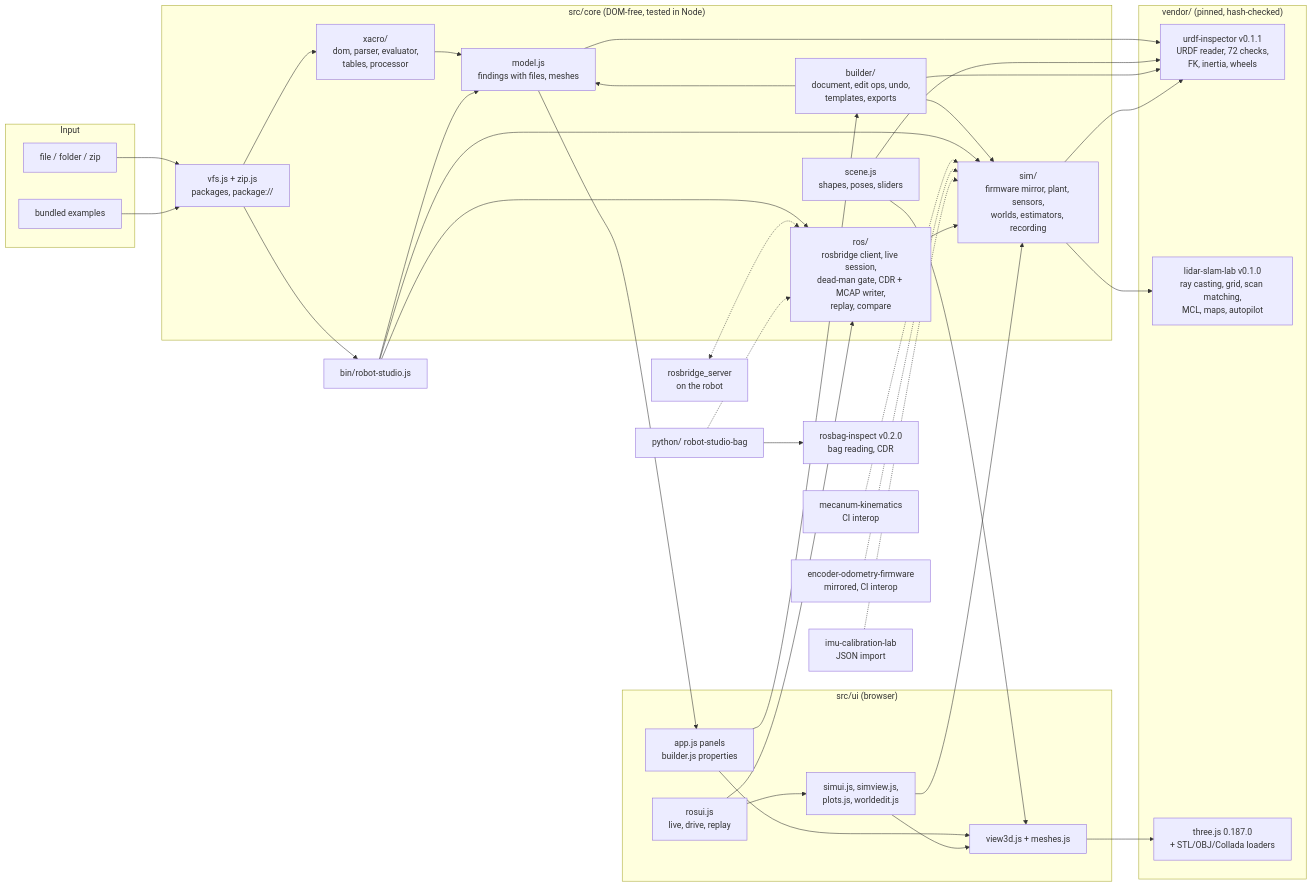
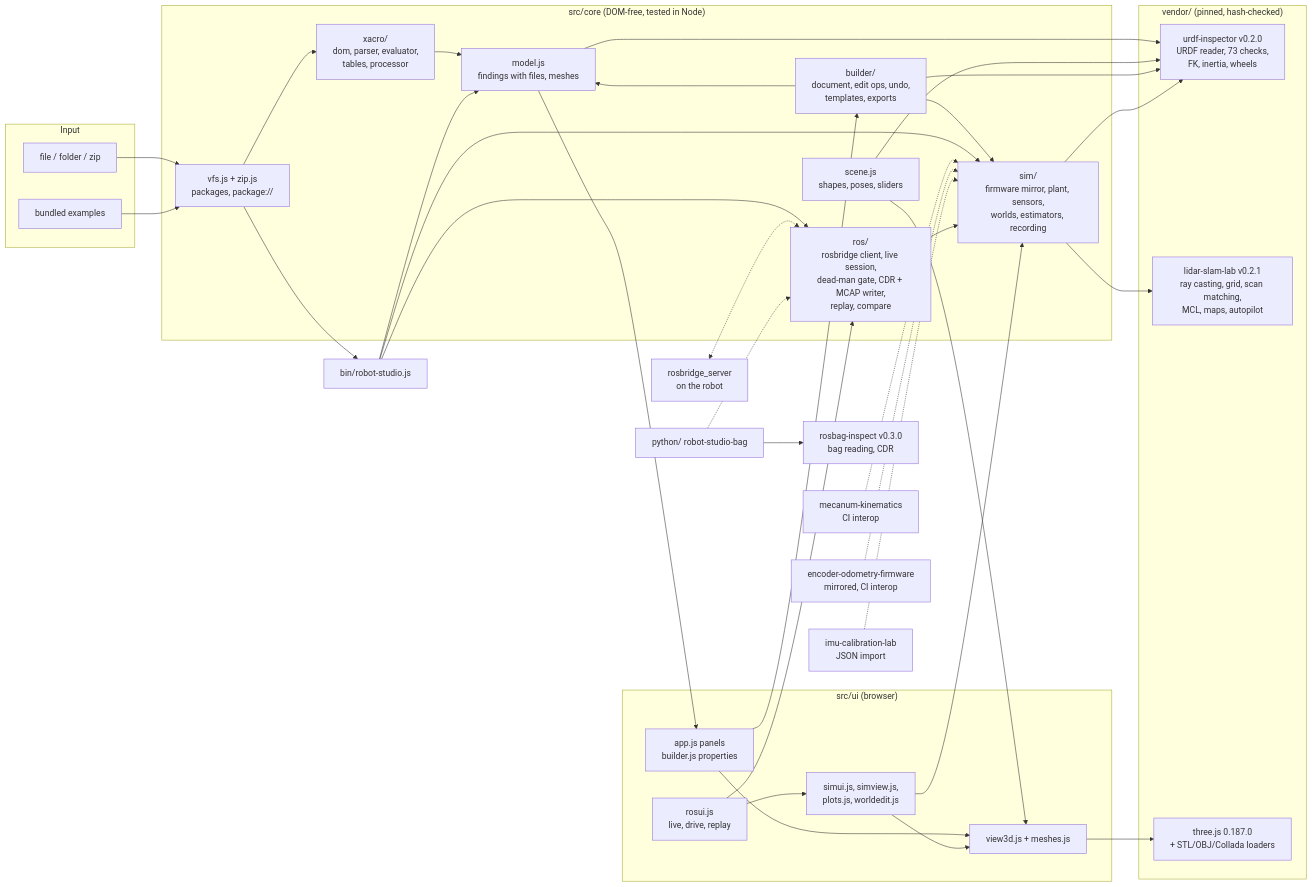
One commit to projectbin07-stack/robot-studio changed the diagram in README.md. Above: the diagram before and after it, drawn with Mermaid. The commit also changed other lines of this file and 4 other files, not shown here.

First line of the commit message:
Release notes for 1.0.0: roadmap (milestone 5 met), handoff, README, changelog

````diff
--- a/README.md
+++ b/README.md
@@ -355,56 +369,56 @@
 ```mermaid
 flowchart LR
   subgraph input[Input]
     F[file / folder / zip]
     E[bundled examples]
   end
   subgraph core["src/core (DOM-free, tested in Node)"]
     V[vfs.js + zip.js<br/>packages, package://]
     X[xacro/<br/>dom, parser, evaluator,<br/>tables, processor]
     M[model.js<br/>findings with files, meshes]
     S[scene.js<br/>shapes, poses, sliders]
     B[builder/<br/>document, edit ops, undo,<br/>templates, exports]
     SIM[sim/<br/>firmware mirror, plant, sensors,<br/>worlds, estimators, recording]
     ROS[ros/<br/>rosbridge client, live session,<br/>dead-man gate, CDR + MCAP writer,<br/>replay, compare]
   end
   subgraph vendor["vendor/ (pinned, hash-checked)"]
-    UI[urdf-inspector v0.1.1<br/>URDF reader, 72 checks,<br/>FK, inertia, wheels]
-    LS[lidar-slam-lab v0.1.0<br/>ray casting, grid, scan matching,<br/>MCL, maps, autopilot]
+    UI[urdf-inspector v0.2.0<br/>URDF reader, 73 checks,<br/>FK, inertia, wheels]
+    LS[lidar-slam-lab v0.2.1<br/>ray casting, grid, scan matching,<br/>MCL, maps, autopilot]
     T[three.js 0.187.0<br/>+ STL/OBJ/Collada loaders]
   end
   subgraph ui["src/ui (browser)"]
     A[app.js panels<br/>builder.js properties]
     R[view3d.js + meshes.js]
     SU[simui.js, simview.js,<br/>plots.js, worldedit.js]
     RU[rosui.js<br/>live, drive, replay]
   end
   CLI[bin/robot-studio.js]
   F --> V
   E --> V
   V --> X --> M
   M --> UI
   S --> UI
   M --> A
   S --> R --> T
   A --> R
   V --> CLI --> M
   B --> M
   B --> UI
   A --> B
   B --> SIM
   SIM --> UI
   SIM --> LS
   SU --> SIM
   SU --> R
   CLI --> SIM
   MK[mecanum-kinematics<br/>CI interop] -.-> SIM
   FW[encoder-odometry-firmware<br/>mirrored, CI interop] -.-> SIM
   IC[imu-calibration-lab<br/>JSON import] -.-> SIM
   ROS --> SIM
   RU --> ROS
   RU --> SU
   CLI --> ROS
   RBG[rosbridge_server<br/>on the robot] <-.-> ROS
-  PY[python/ robot-studio-bag] --> RB[rosbag-inspect v0.2.0<br/>bag reading, CDR]
+  PY[python/ robot-studio-bag] --> RB[rosbag-inspect v0.3.0<br/>bag reading, CDR]
   PY -.-> ROS
 ```
````
